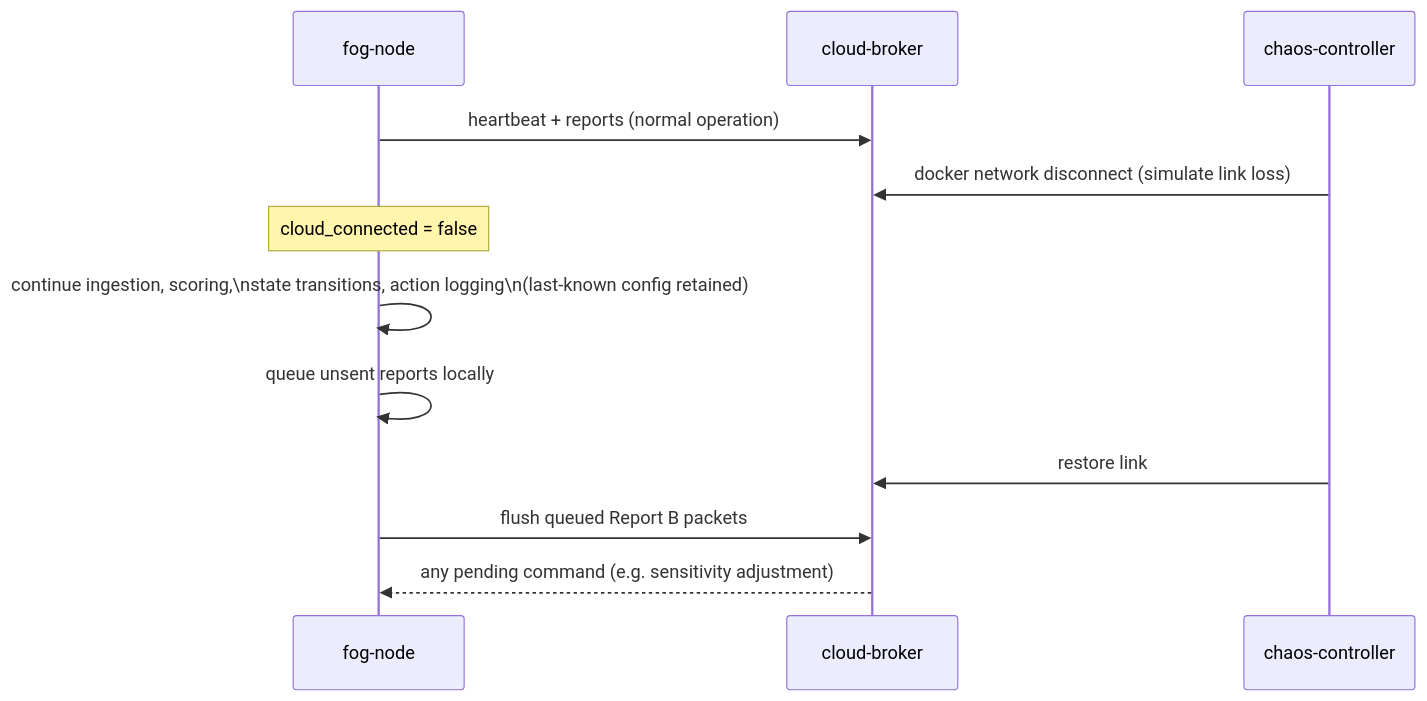
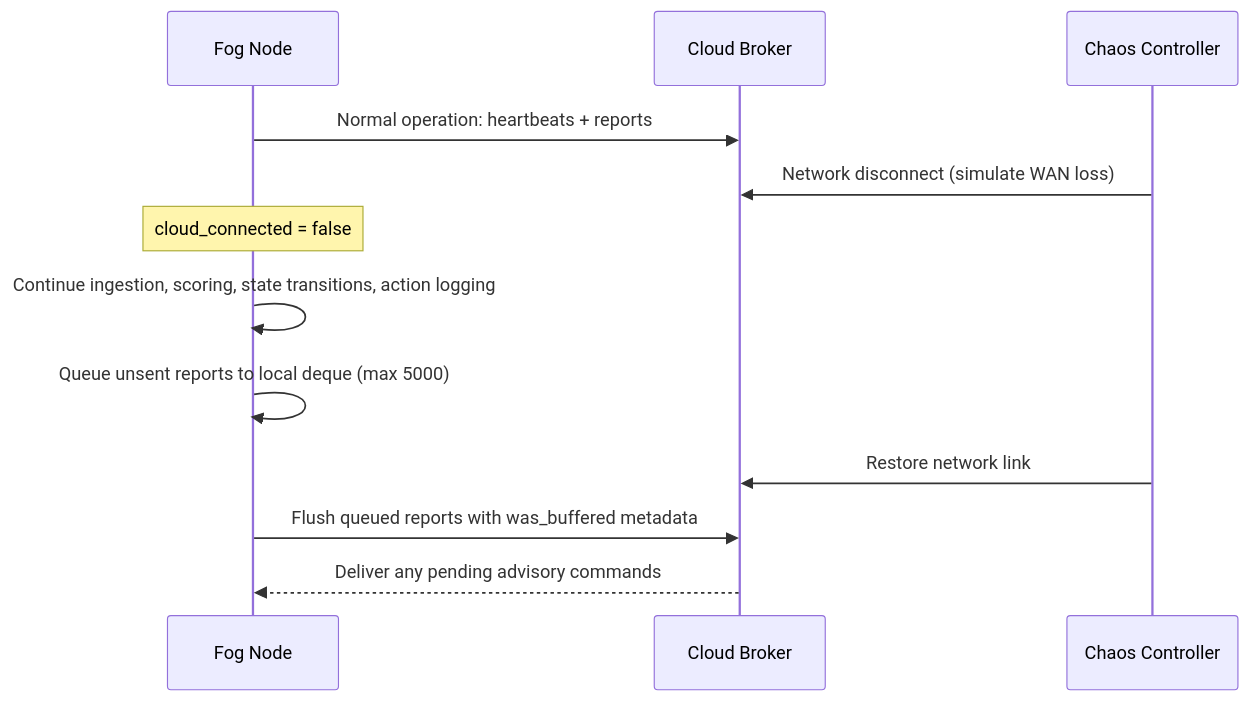
One commit to Gowshick-sapien/IGNIS changed the fifth of 5 diagrams in docs/architecture.md. Above: the diagram before and after it, drawn with Mermaid. The commit also changed other lines of this file and 8 other files, not shown here.

````diff
--- a/docs/architecture.md
+++ b/docs/architecture.md
@@ -264,15 +243,15 @@
 ```mermaid
 sequenceDiagram
-    participant Fog as fog-node
-    participant Cloud as cloud-broker
-    participant Chaos as chaos-controller
+    participant Fog as Fog Node
+    participant Cloud as Cloud Broker
+    participant Chaos as Chaos Controller
 
-    Fog->>Cloud: heartbeat + reports (normal operation)
-    Chaos->>Cloud: docker network disconnect (simulate link loss)
+    Fog->>Cloud: Normal operation: heartbeats + reports
+    Chaos->>Cloud: Network disconnect (simulate WAN loss)
     Note over Fog: cloud_connected = false
-    Fog->>Fog: continue ingestion, scoring,\nstate transitions, action logging\n(last-known config retained)
-    Fog->>Fog: queue unsent reports locally
-    Chaos->>Cloud: restore link
-    Fog->>Cloud: flush queued Report B packets
-    Cloud-->>Fog: any pending command (e.g. sensitivity adjustment)
+    Fog->>Fog: Continue ingestion, scoring, state transitions, action logging
+    Fog->>Fog: Queue unsent reports to local deque (max 5000)
+    Chaos->>Cloud: Restore network link
+    Fog->>Cloud: Flush queued reports with was_buffered metadata
+    Cloud-->>Fog: Deliver any pending advisory commands
 ```
````
